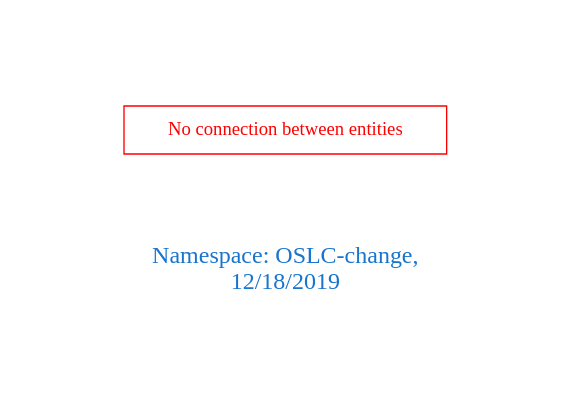
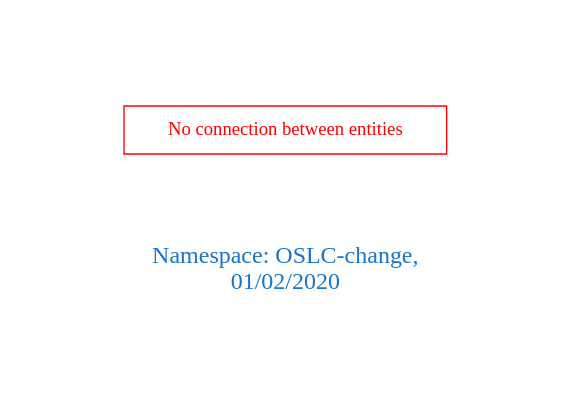
The diagram in downloads/OSLC-change.dot (arago/OGIT), drawn with Graphviz before and after one commit. The commit also changed 1637 other files, not shown here.

```diff
--- a/downloads/OSLC-change.dot
+++ b/downloads/OSLC-change.dot
@@ -1,9 +1,9 @@
 digraph OGIT_ontology {
  graph [ rankdir= LR,pad=1 
 fontsize = 18,
-fontcolor= dodgerblue3,label = "\n\n\nNamespace: OSLC-change, \n 12/18/2019"];
+fontcolor= dodgerblue3,label = "\n\n\nNamespace: OSLC-change, \n 01/02/2020"];
 node[shape=polygon];
 edge [  color="gray81"];
 
 "No connection between entities" [fontcolor = "red",color="red", shape="polygon"]
 }
```
